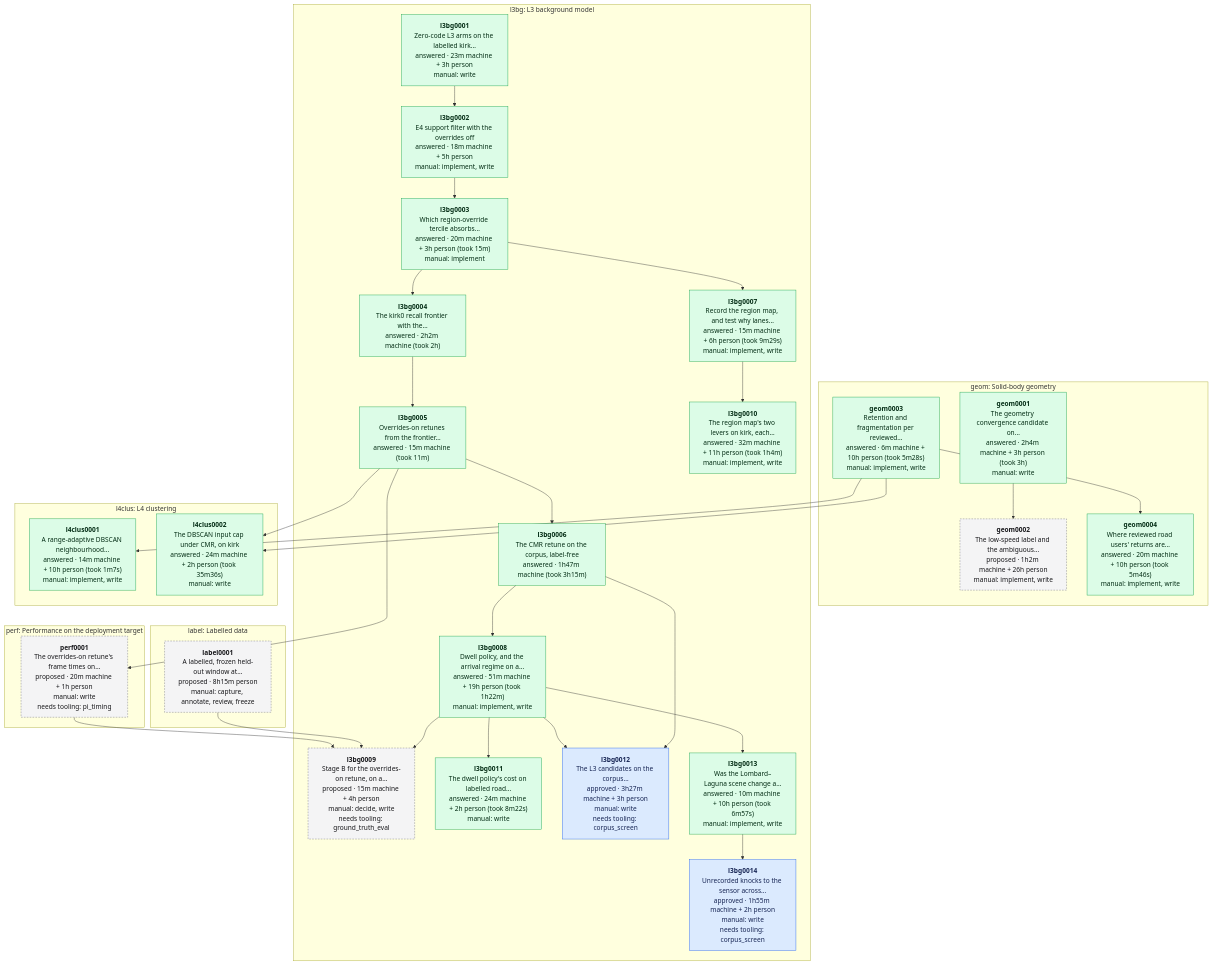
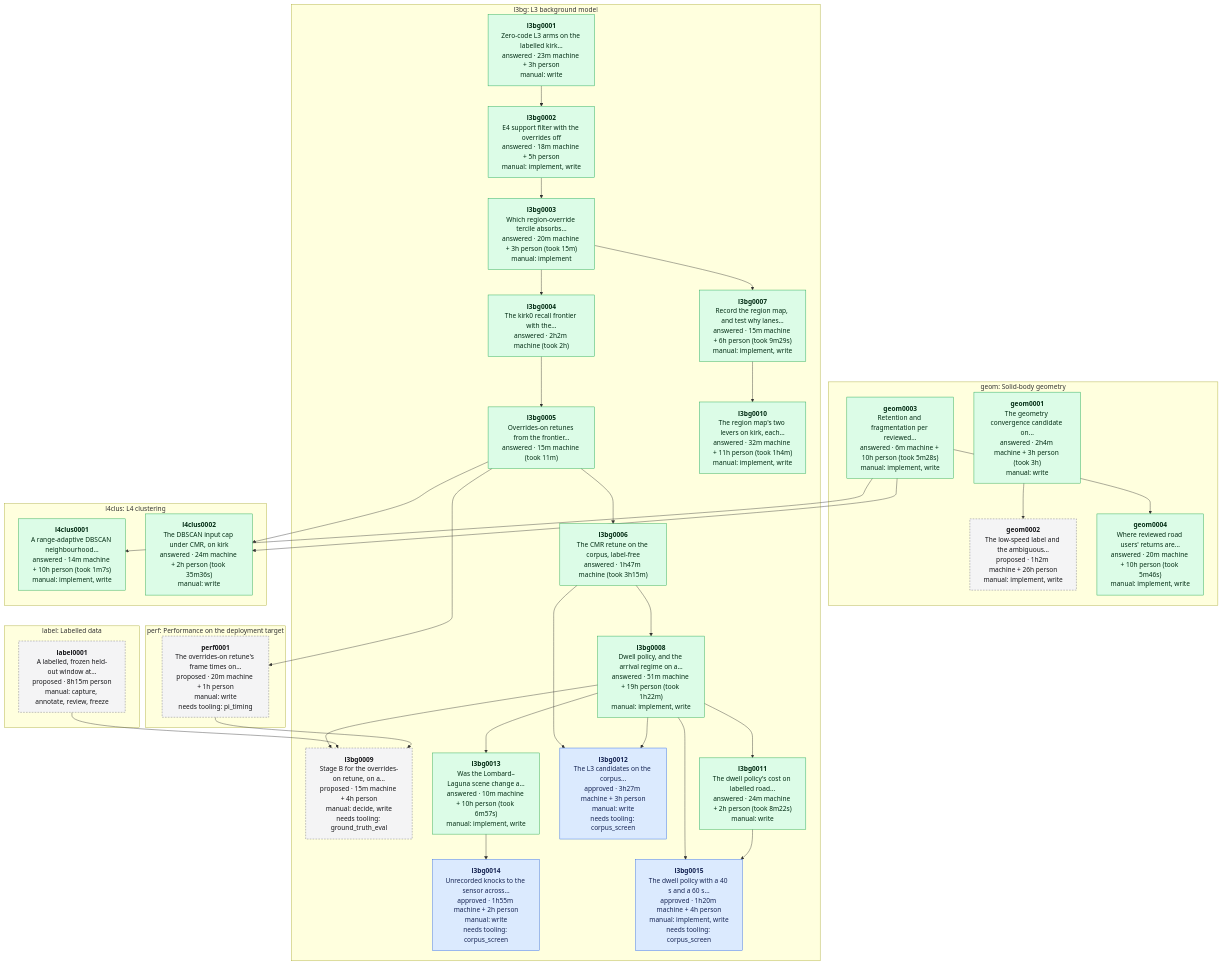
One commit to banshee-data/velocity.report changed the diagram in data/experiments/DEPENDENCIES.md. Above: the diagram before and after it, drawn with Mermaid. The commit also changed other lines of this file and 1 other file, not shown here.

Commit message:
[ai][docs] Spec l3bg0015: the dwell policy with a 40 s and a 60 s clock, over Lombard–Laguna

````diff
--- a/data/experiments/DEPENDENCIES.md
+++ b/data/experiments/DEPENDENCIES.md
@@ -7,61 +7,64 @@
 ```mermaid
 flowchart TB
   classDef proposed fill:#f4f4f5,stroke:#71717a,stroke-dasharray:4 3,color:#18181b
   classDef approved fill:#dbeafe,stroke:#2563eb,color:#172554
   classDef answered fill:#dcfce7,stroke:#16a34a,color:#052e16
   classDef retired fill:#fafafa,stroke:#d4d4d8,color:#71717a
   subgraph area_geom ["geom: Solid-body geometry"]
     geom0001["<b>geom0001</b><br/>The geometry convergence candidate on…<br/>answered · 2h4m machine + 3h person (took 3h)<br/>manual: write"]:::answered
     geom0002["<b>geom0002</b><br/>The low-speed label and the ambiguous…<br/>proposed · 1h2m machine + 26h person<br/>manual: implement, write"]:::proposed
     geom0003["<b>geom0003</b><br/>Retention and fragmentation per reviewed…<br/>answered · 6m machine + 10h person (took 5m28s)<br/>manual: implement, write"]:::answered
     geom0004["<b>geom0004</b><br/>Where reviewed road users' returns are…<br/>answered · 20m machine + 10h person (took 5m46s)<br/>manual: implement, write"]:::answered
   end
   subgraph area_l3bg ["l3bg: L3 background model"]
     l3bg0001["<b>l3bg0001</b><br/>Zero-code L3 arms on the labelled kirk…<br/>answered · 23m machine + 3h person<br/>manual: write"]:::answered
     l3bg0002["<b>l3bg0002</b><br/>E4 support filter with the overrides off<br/>answered · 18m machine + 5h person<br/>manual: implement, write"]:::answered
     l3bg0003["<b>l3bg0003</b><br/>Which region-override tercile absorbs…<br/>answered · 20m machine + 3h person (took 15m)<br/>manual: implement"]:::answered
     l3bg0004["<b>l3bg0004</b><br/>The kirk0 recall frontier with the…<br/>answered · 2h2m machine (took 2h)"]:::answered
     l3bg0005["<b>l3bg0005</b><br/>Overrides-on retunes from the frontier…<br/>answered · 15m machine (took 11m)"]:::answered
     l3bg0006["<b>l3bg0006</b><br/>The CMR retune on the corpus, label-free<br/>answered · 1h47m machine (took 3h15m)"]:::answered
     l3bg0007["<b>l3bg0007</b><br/>Record the region map, and test why lanes…<br/>answered · 15m machine + 6h person (took 9m29s)<br/>manual: implement, write"]:::answered
     l3bg0008["<b>l3bg0008</b><br/>Dwell policy, and the arrival regime on a…<br/>answered · 51m machine + 19h person (took 1h22m)<br/>manual: implement, write"]:::answered
     l3bg0009["<b>l3bg0009</b><br/>Stage B for the overrides-on retune, on a…<br/>proposed · 15m machine + 4h person<br/>manual: decide, write<br/>needs tooling: ground_truth_eval"]:::proposed
     l3bg0010["<b>l3bg0010</b><br/>The region map's two levers on kirk, each…<br/>answered · 32m machine + 11h person (took 1h4m)<br/>manual: implement, write"]:::answered
     l3bg0011["<b>l3bg0011</b><br/>The dwell policy's cost on labelled road…<br/>answered · 24m machine + 2h person (took 8m22s)<br/>manual: write"]:::answered
     l3bg0012["<b>l3bg0012</b><br/>The L3 candidates on the corpus…<br/>approved · 3h27m machine + 3h person<br/>manual: write<br/>needs tooling: corpus_screen"]:::approved
     l3bg0013["<b>l3bg0013</b><br/>Was the Lombard–Laguna scene change a…<br/>answered · 10m machine + 10h person (took 6m57s)<br/>manual: implement, write"]:::answered
     l3bg0014["<b>l3bg0014</b><br/>Unrecorded knocks to the sensor across…<br/>approved · 1h55m machine + 2h person<br/>manual: write<br/>needs tooling: corpus_screen"]:::approved
+    l3bg0015["<b>l3bg0015</b><br/>The dwell policy with a 40 s and a 60 s…<br/>approved · 1h20m machine + 4h person<br/>manual: implement, write<br/>needs tooling: corpus_screen"]:::approved
   end
   subgraph area_l4clus ["l4clus: L4 clustering"]
     l4clus0001["<b>l4clus0001</b><br/>A range-adaptive DBSCAN neighbourhood…<br/>answered · 14m machine + 10h person (took 1m7s)<br/>manual: implement, write"]:::answered
     l4clus0002["<b>l4clus0002</b><br/>The DBSCAN input cap under CMR, on kirk<br/>answered · 24m machine + 2h person (took 35m36s)<br/>manual: write"]:::answered
   end
   subgraph area_label ["label: Labelled data"]
     label0001["<b>label0001</b><br/>A labelled, frozen held-out window at…<br/>proposed · 8h15m person<br/>manual: capture, annotate, review, freeze"]:::proposed
   end
   subgraph area_perf ["perf: Performance on the deployment target"]
     perf0001["<b>perf0001</b><br/>The overrides-on retune's frame times on…<br/>proposed · 20m machine + 1h person<br/>manual: write<br/>needs tooling: pi_timing"]:::proposed
   end
   geom0001 --> geom0002
   geom0003 --> geom0004
   l3bg0001 --> l3bg0002
   l3bg0002 --> l3bg0003
   l3bg0003 --> l3bg0004
   l3bg0004 --> l3bg0005
   l3bg0005 --> l3bg0006
   l3bg0003 --> l3bg0007
   l3bg0006 --> l3bg0008
   l3bg0008 --> l3bg0009
   label0001 --> l3bg0009
   perf0001 --> l3bg0009
   l3bg0007 --> l3bg0010
   l3bg0008 --> l3bg0011
   l3bg0006 --> l3bg0012
   l3bg0008 --> l3bg0012
   l3bg0008 --> l3bg0013
   l3bg0013 --> l3bg0014
+  l3bg0008 --> l3bg0015
+  l3bg0011 --> l3bg0015
   geom0003 --> l4clus0001
   geom0003 --> l4clus0002
   l3bg0005 --> l4clus0002
   l3bg0005 --> perf0001
 ```
````
